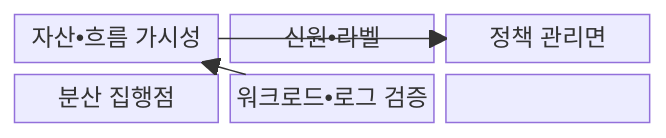
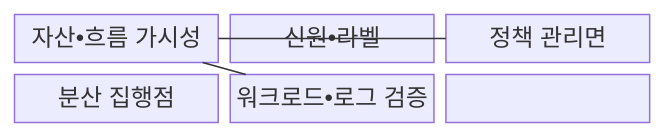
Before and after one commit to agnusdei1207/knowledge-base: the first of 2 diagrams in src/content/docs/notes/05-security/065_micro_segmentation.md, drawn with Mermaid. The commit also changed other lines of this file and 493 other files, not shown here.

````diff
--- a/src/content/docs/notes/05-security/065_micro_segmentation.md
+++ b/src/content/docs/notes/05-security/065_micro_segmentation.md
@@ -63,12 +63,12 @@
 ```mermaid
 block-beta
   columns 3
   A["자산•흐름 가시성"]
   B["신원•라벨"]
   C["정책 관리면"]
   D["분산 집행점"]
   E["워크로드•로그 검증"]
-  A --> C
-  B --> C --> D --> E
-  E --> A
+  A --- C
+  B --- C --- D --- E
+  E --- A
 ```
````
